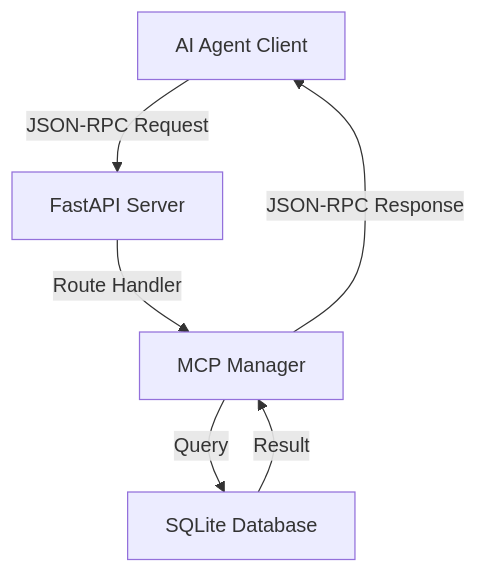
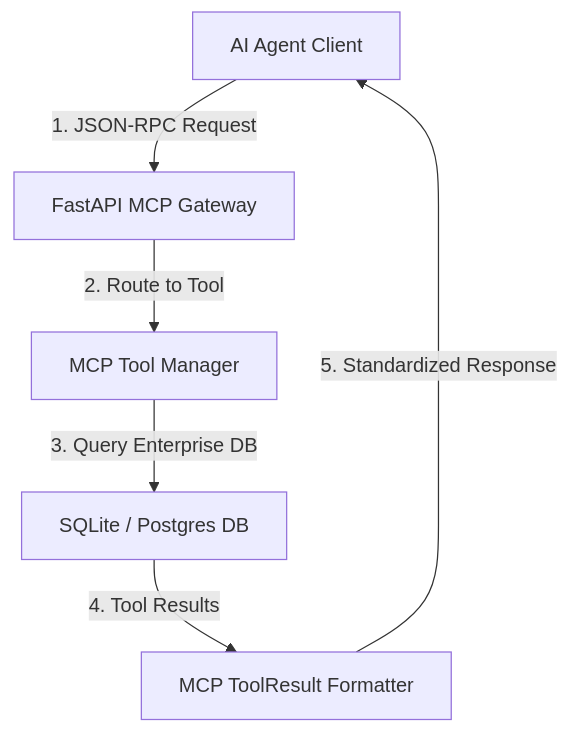
Before and after one commit to sricheru/agentic-ai-portfolio: the first of 20 diagrams in genai_enterprise_usecases/ARCHITECTURE_GUIDE.md, drawn with Mermaid. The commit also changed other lines of this file, not shown here.

Commit message:
fix(mermaid): resolve dagre-d3 edge collision in all 20 diagrams

````diff
--- a/genai_enterprise_usecases/ARCHITECTURE_GUIDE.md
+++ b/genai_enterprise_usecases/ARCHITECTURE_GUIDE.md
@@ -11,8 +11,8 @@
 ```mermaid
 graph TD
-    Client["AI Agent Client"] -->|JSON-RPC Request| API[FastAPI Server]
-    API -->|Route Handler| Manager[MCP Manager]
-    Manager -->|Query| DB["SQLite Database"]
-    DB -->|Result| Manager
-    Manager -->|JSON-RPC Response| Client
+    Client["AI Agent Client"] -->|1. JSON-RPC Request| Gateway["FastAPI MCP Gateway"]
+    Gateway -->|2. Route to Tool| ToolManager["MCP Tool Manager"]
+    ToolManager -->|3. Query Enterprise DB| Database["SQLite / Postgres DB"]
+    Database -->|4. Tool Results| Formatter["MCP ToolResult Formatter"]
+    Formatter -->|5. Standardized Response| Client
 ```
````
